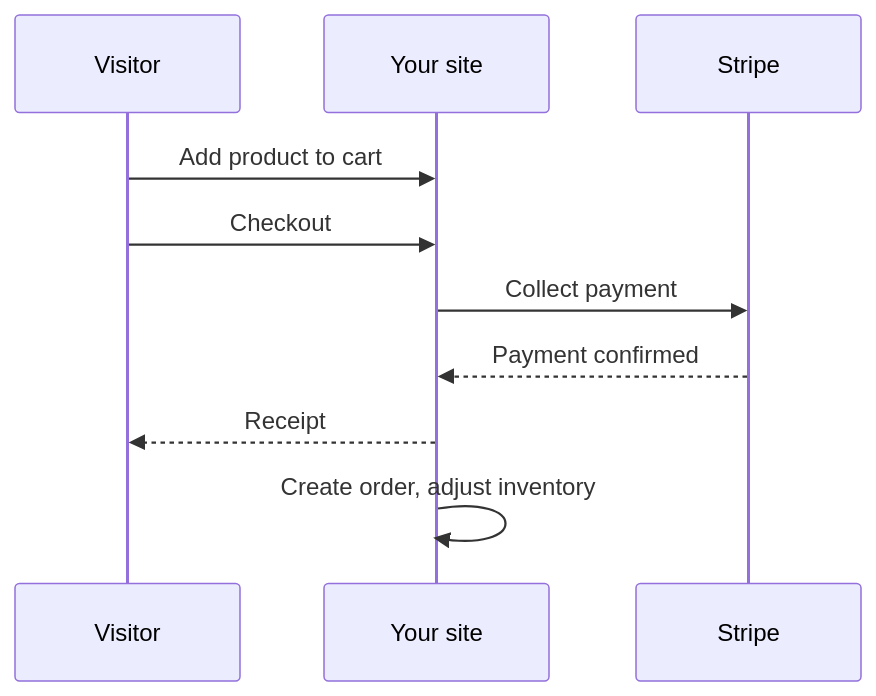
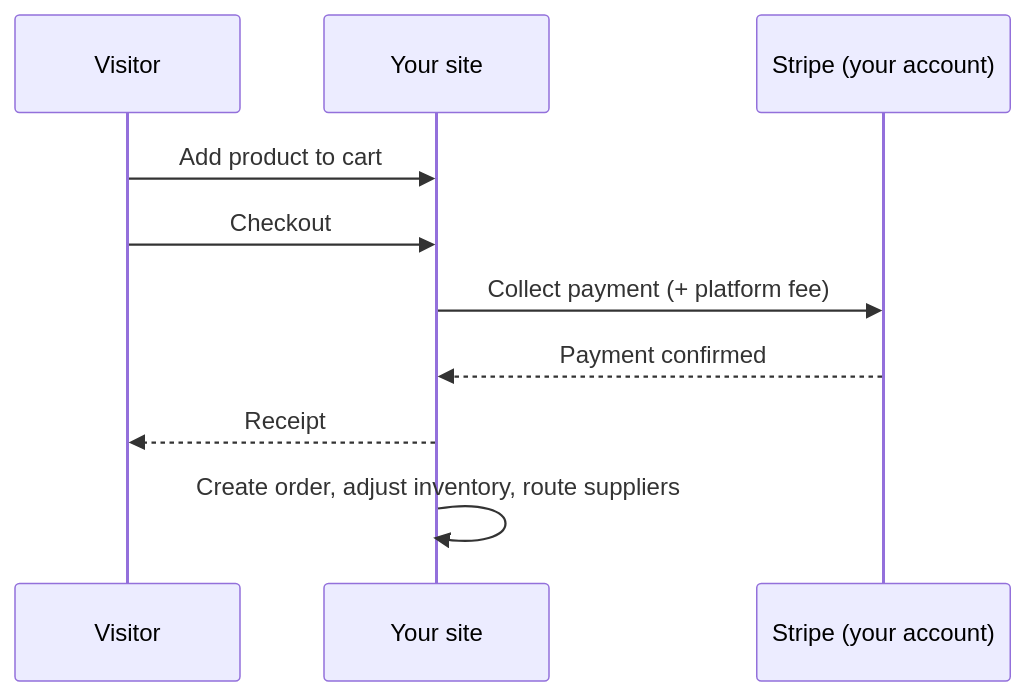
The diagram in apps/docs/docs/commerce/overview.md (zgover/core), drawn with Mermaid before and after one commit. The commit also changed other lines of this file, not shown here.

````diff
--- a/apps/docs/docs/commerce/overview.md
+++ b/apps/docs/docs/commerce/overview.md
@@ -12,12 +14,12 @@
 ```mermaid
 sequenceDiagram
   participant V as Visitor
   participant S as Your site
-  participant St as Stripe
+  participant St as Stripe (your account)
   V->>S: Add product to cart
   V->>S: Checkout
-  S->>St: Collect payment
+  S->>St: Collect payment (+ platform fee)
   St-->>S: Payment confirmed
   S-->>V: Receipt
-  S->>S: Create order, adjust inventory
+  S->>S: Create order, adjust inventory, route suppliers
 ```
````
